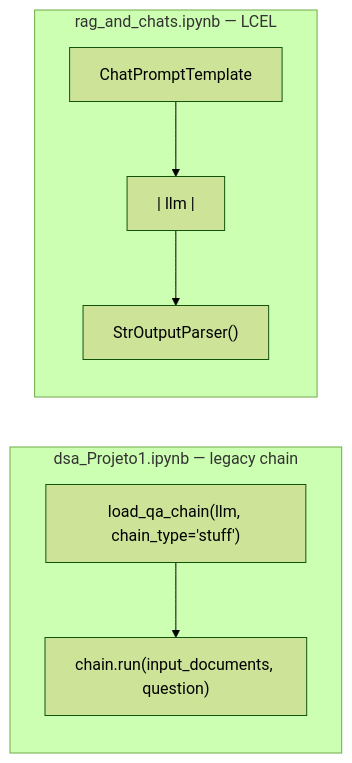
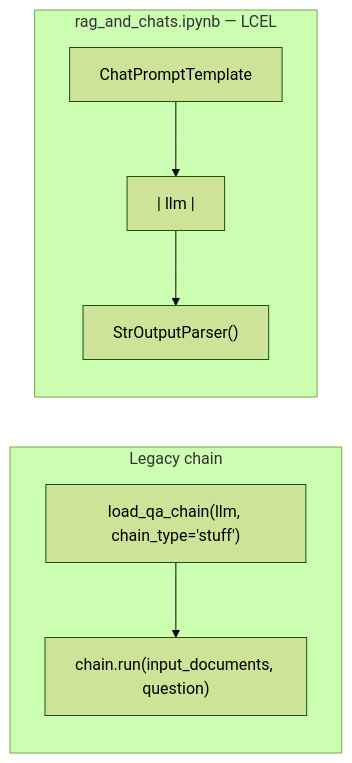
Before and after one commit to coderleonardo/ai-engineering-path: the second of 2 diagrams in gen-ai-and-llms/05-prompt-engineering/README.md, drawn with Mermaid (forest theme). The commit also changed other lines of this file and 8 other files, not shown here.

````diff
--- a/gen-ai-and-llms/05-prompt-engineering/README.md
+++ b/gen-ai-and-llms/05-prompt-engineering/README.md
@@ -80,9 +49,9 @@
 ```mermaid
 flowchart LR
-    subgraph Legacy["dsa_Projeto1.ipynb — legacy chain"]
+    subgraph Legacy["Legacy chain"]
         L1["load_qa_chain(llm, chain_type='stuff')"] --> L2["chain.run(input_documents, question)"]
     end
     subgraph LCEL["rag_and_chats.ipynb — LCEL"]
         C1["ChatPromptTemplate"] --> C2["| llm |"] --> C3["StrOutputParser()"]
     end
 ```
````
